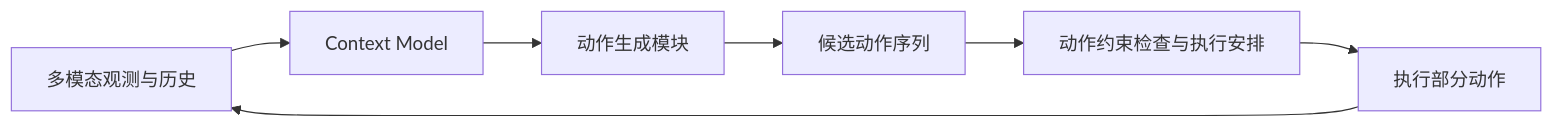
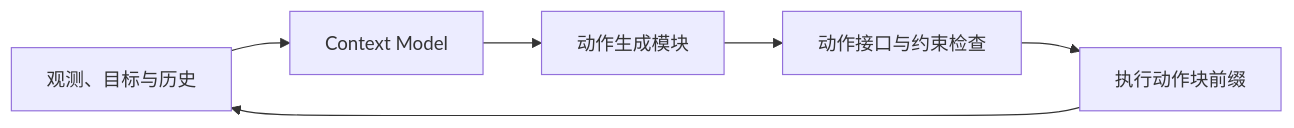
The diagram in docs/intermediate/index.md (qi-robotics/robot-world-model-tutorial), drawn with Mermaid before and after one commit. The commit also changed other lines of this file and 11 other files, not shown here.

````diff
--- a/docs/intermediate/index.md
+++ b/docs/intermediate/index.md
@@ -7,9 +19,8 @@
 ```mermaid
 flowchart LR
-    O["多模态观测与历史"] --> C["Context Model"]
+    O["观测、目标与历史"] --> C["Context Model"]
     C --> A["动作生成模块"]
-    A --> P["候选动作序列"]
-    P --> S["动作约束检查与执行安排"]
-    S --> E["执行部分动作"]
+    A --> S["动作接口与约束检查"]
+    S --> E["执行动作块前缀"]
     E --> O
 ```
````
